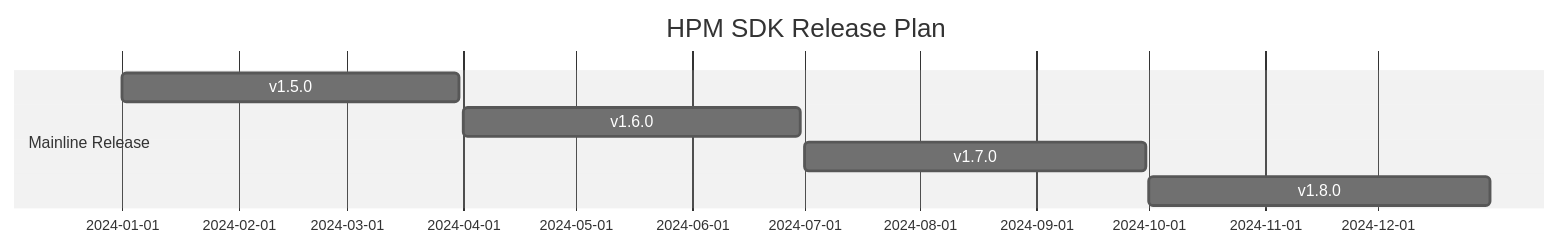
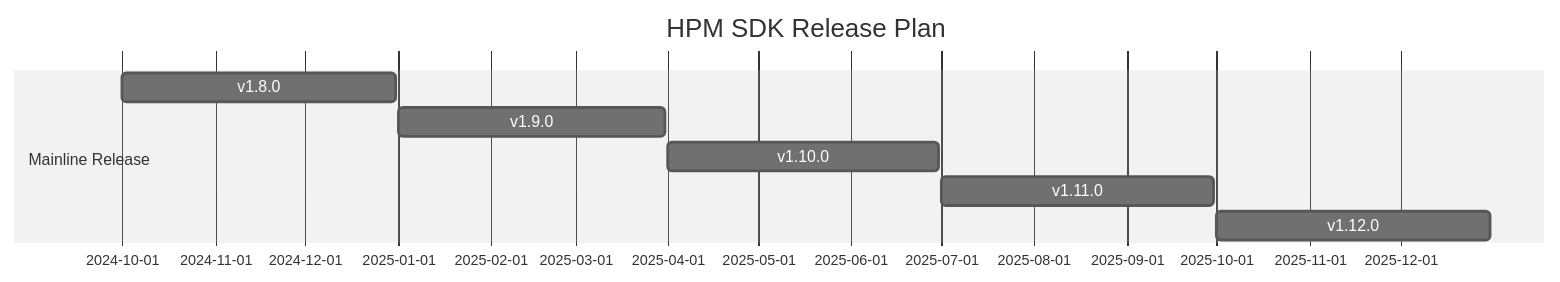
The diagram in hpm_sdk/README.md (hpmicro/sdk_env), drawn with Mermaid (neutral theme) before and after one commit. The commit also changed 13209 other files, not shown here.

````diff
--- a/hpm_sdk/README.md
+++ b/hpm_sdk/README.md
@@ -1,10 +1,11 @@
 ``` mermaid
 gantt
     title HPM SDK Release Plan
     dateFormat  YYYY-MM-DD
     section Mainline Release
-    v1.5.0           :a1, 2024-01-01, 2024-03-31
-    v1.6.0           :a2, 2024-04-01, 2024-06-30
-    v1.7.0           :a3, 2024-07-01, 2024-09-30
-    v1.8.0           :a4, 2024-10-01, 2024-12-31
+    v1.8.0           :a1, 2024-10-01, 2024-12-31
+    v1.9.0           :a2, 2025-01-01, 2025-03-31
+    v1.10.0          :a3, 2025-04-01, 2025-06-30
+    v1.11.0          :a4, 2025-07-01, 2025-09-30
+    v1.12.0          :a5, 2025-10-01, 2025-12-31
 ```
````
